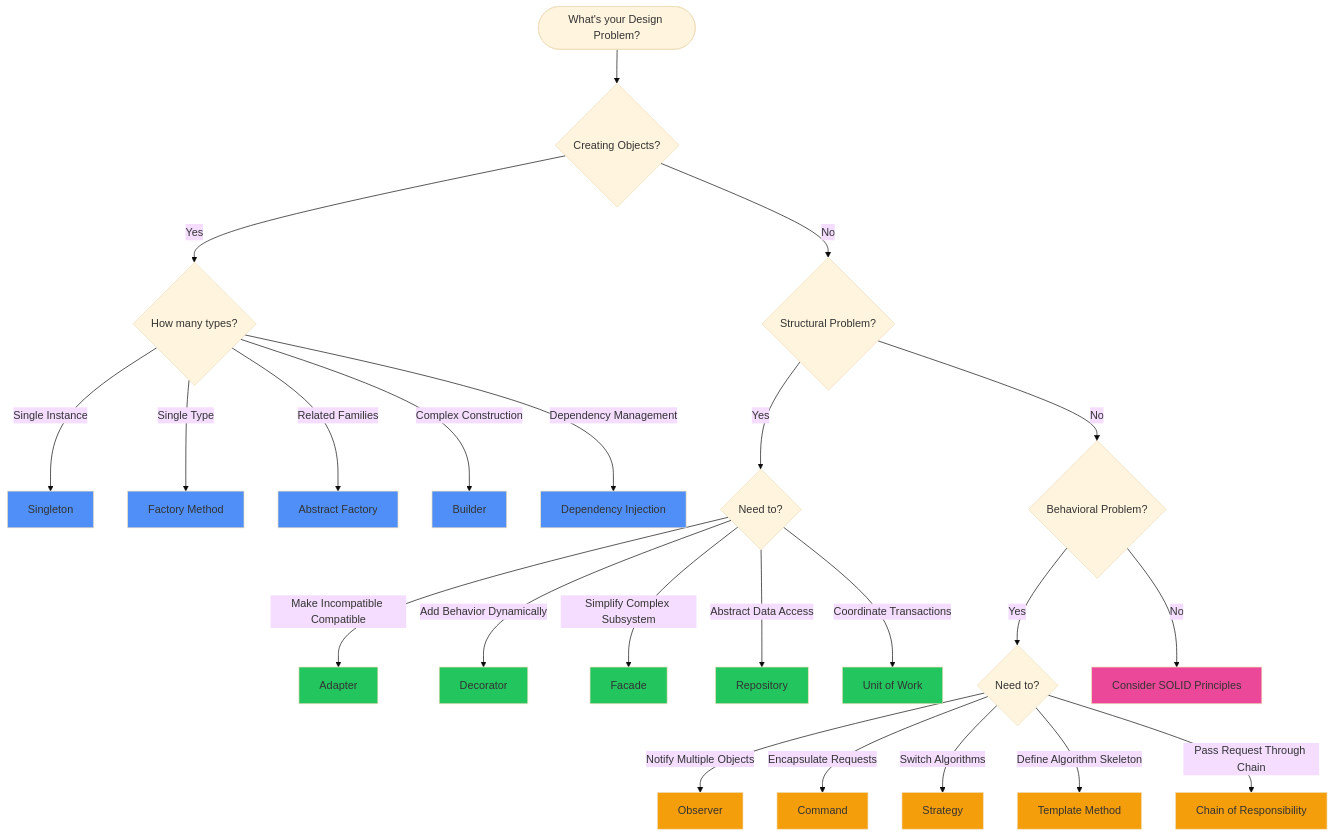
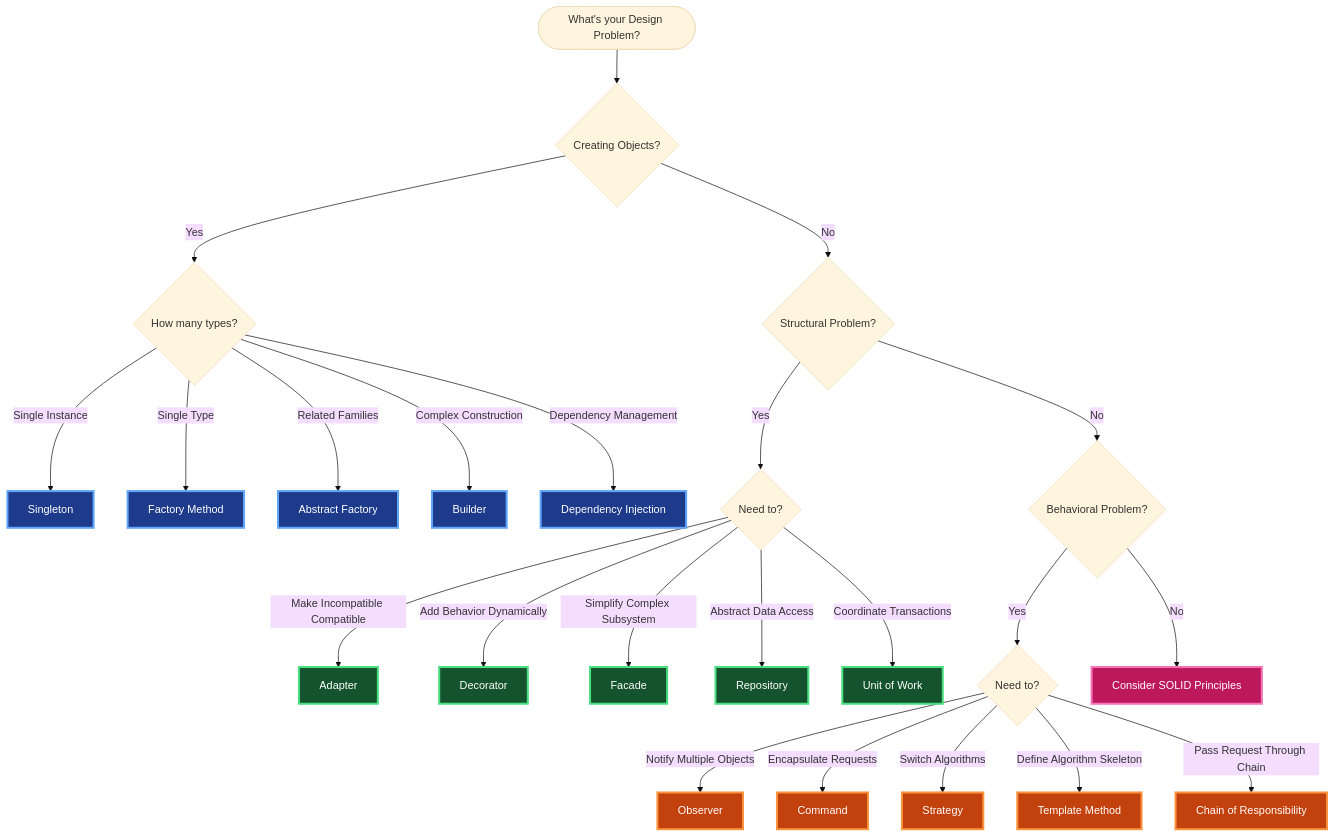
One commit to mleppedev/aio changed the diagram in docs/tablas/design-patterns.md. Above: the diagram before and after it, drawn with Mermaid (base theme). The commit also changed 16 other files, not shown here.

````diff
--- a/docs/tablas/design-patterns.md
+++ b/docs/tablas/design-patterns.md
@@ -293,48 +293,42 @@
 ```mermaid
 graph TD
     Start([What's your Design Problem?]) --> A{Creating Objects?}
 
     A -->|Yes| B{How many types?}
     B -->|Single Instance| C[Singleton]
     B -->|Single Type| D[Factory Method]
     B -->|Related Families| E[Abstract Factory]
     B -->|Complex Construction| F[Builder]
     B -->|Dependency Management| G[Dependency Injection]
 
     A -->|No| H{Structural Problem?}
 
     H -->|Yes| I{Need to?}
     I -->|Make Incompatible Compatible| J[Adapter]
     I -->|Add Behavior Dynamically| K[Decorator]
     I -->|Simplify Complex Subsystem| L[Facade]
     I -->|Abstract Data Access| M[Repository]
     I -->|Coordinate Transactions| N[Unit of Work]
 
     H -->|No| O{Behavioral Problem?}
 
     O -->|Yes| P{Need to?}
     P -->|Notify Multiple Objects| Q[Observer]
     P -->|Encapsulate Requests| R[Command]
     P -->|Switch Algorithms| S[Strategy]
     P -->|Define Algorithm Skeleton| T[Template Method]
     P -->|Pass Request Through Chain| U[Chain of Responsibility]
 
     O -->|No| V[Consider SOLID Principles]
 
-    style C fill:#4f8ff7
-    style D fill:#4f8ff7
-    style E fill:#4f8ff7
-    style F fill:#4f8ff7
-    style G fill:#4f8ff7
-    style J fill:#22c55e
-    style K fill:#22c55e
-    style L fill:#22c55e
-    style M fill:#22c55e
-    style N fill:#22c55e
-    style Q fill:#f59e0b
-    style R fill:#f59e0b
-    style S fill:#f59e0b
-    style T fill:#f59e0b
-    style U fill:#f59e0b
-    style V fill:#ec4899
+    classDef creational fill:#1e3a8a,stroke:#60a5fa,stroke-width:3px,color:#ffffff
+    classDef structural fill:#14532d,stroke:#4ade80,stroke-width:3px,color:#ffffff
+    classDef behavioral fill:#c2410c,stroke:#fb923c,stroke-width:3px,color:#ffffff
+    classDef principle fill:#be185d,stroke:#f472b6,stroke-width:3px,color:#ffffff
+    classDef decision fill:#581c87,stroke:#c084fc,stroke-width:3px,color:#ffffff
+    
+    class C,D,E,F,G creational
+    class J,K,L,M,N structural
+    class Q,R,S,T,U behavioral
+    class V principle
 ```
````
